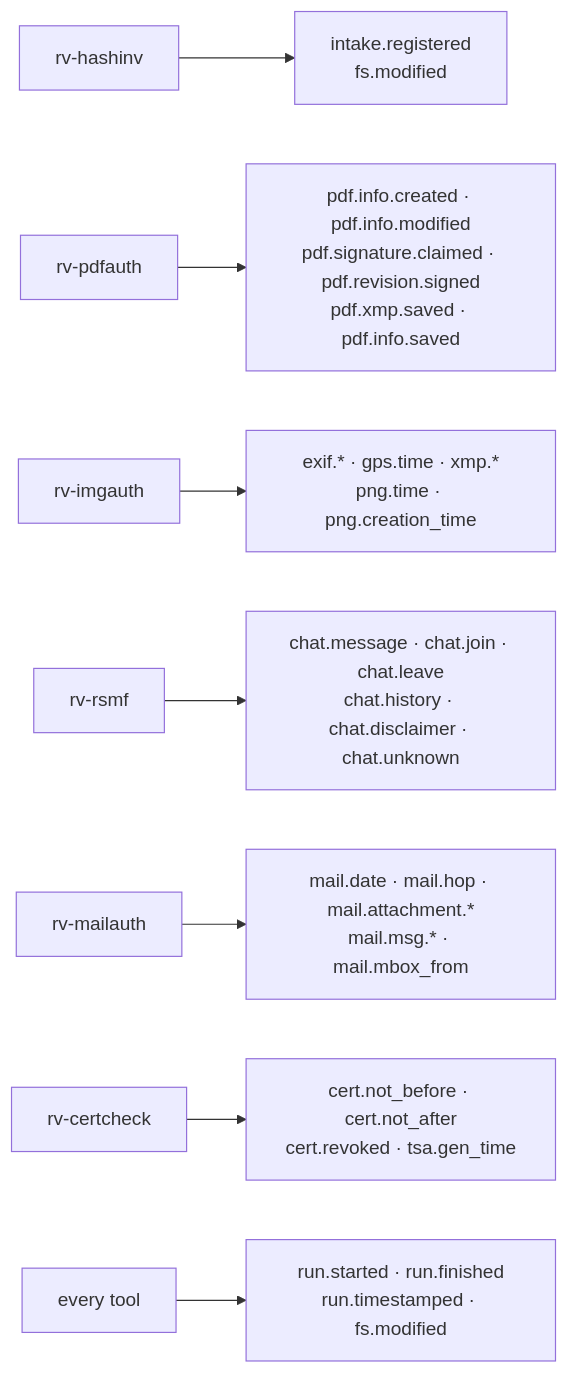
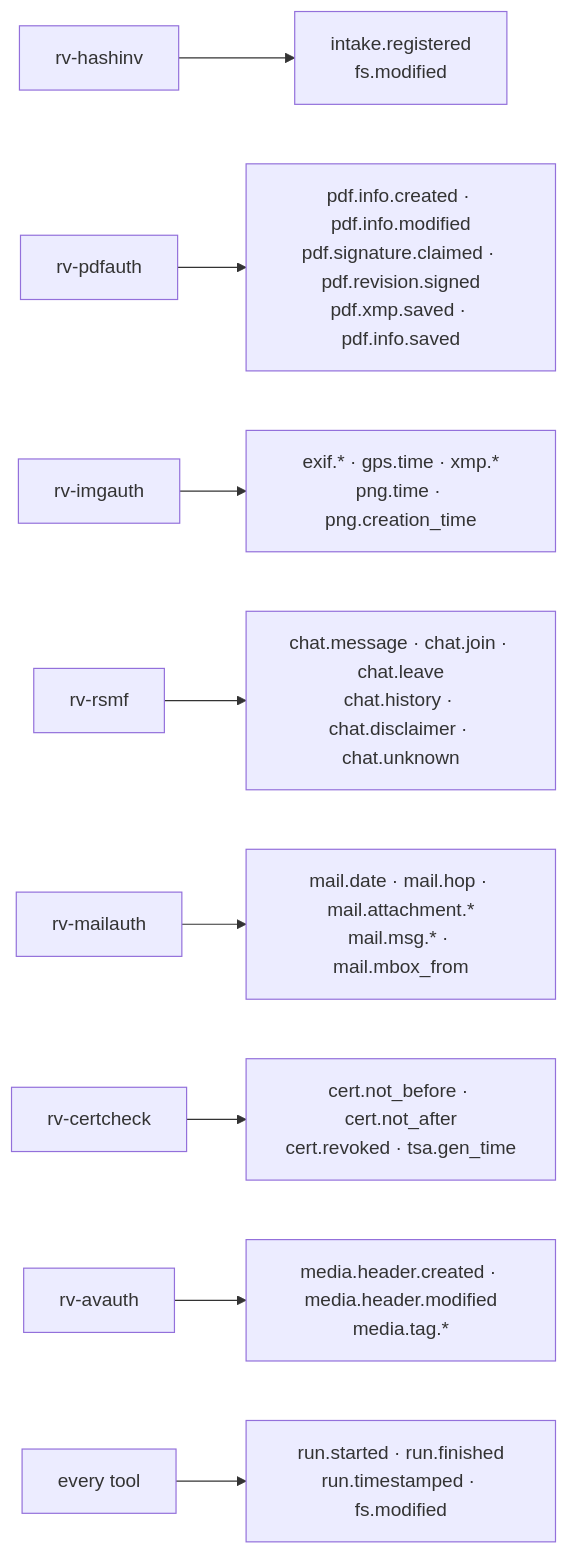
The third of 3 diagrams in docs/reports.md (Panacota96/rv-timeline), drawn with Mermaid before and after one commit. The commit also changed other lines of this file and 32 other files, not shown here.

````diff
--- a/docs/reports.md
+++ b/docs/reports.md
@@ -133,10 +133,11 @@
 ```mermaid
 flowchart LR
     H["rv-hashinv"] --> K1["intake.registered<br/>fs.modified"]
     P["rv-pdfauth"] --> K2["pdf.info.created · pdf.info.modified<br/>pdf.signature.claimed · pdf.revision.signed<br/>pdf.xmp.saved · pdf.info.saved"]
     I["rv-imgauth"] --> K3["exif.* · gps.time · xmp.*<br/>png.time · png.creation_time"]
     R["rv-rsmf"] --> K4["chat.message · chat.join · chat.leave<br/>chat.history · chat.disclaimer · chat.unknown"]
     M["rv-mailauth"] --> K5["mail.date · mail.hop · mail.attachment.*<br/>mail.msg.* · mail.mbox_from"]
     C["rv-certcheck"] --> K6["cert.not_before · cert.not_after<br/>cert.revoked · tsa.gen_time"]
+    A["rv-avauth"] --> K8["media.header.created · media.header.modified<br/>media.tag.*"]
     ALL["every tool"] --> K7["run.started · run.finished<br/>run.timestamped · fs.modified"]
 ```
````
